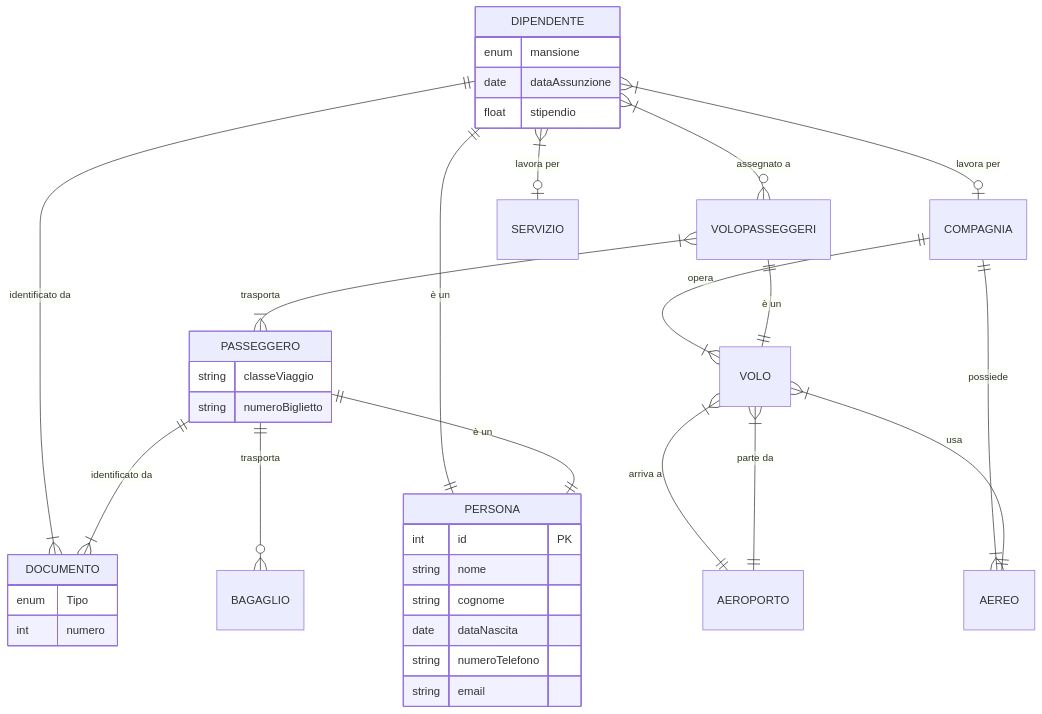
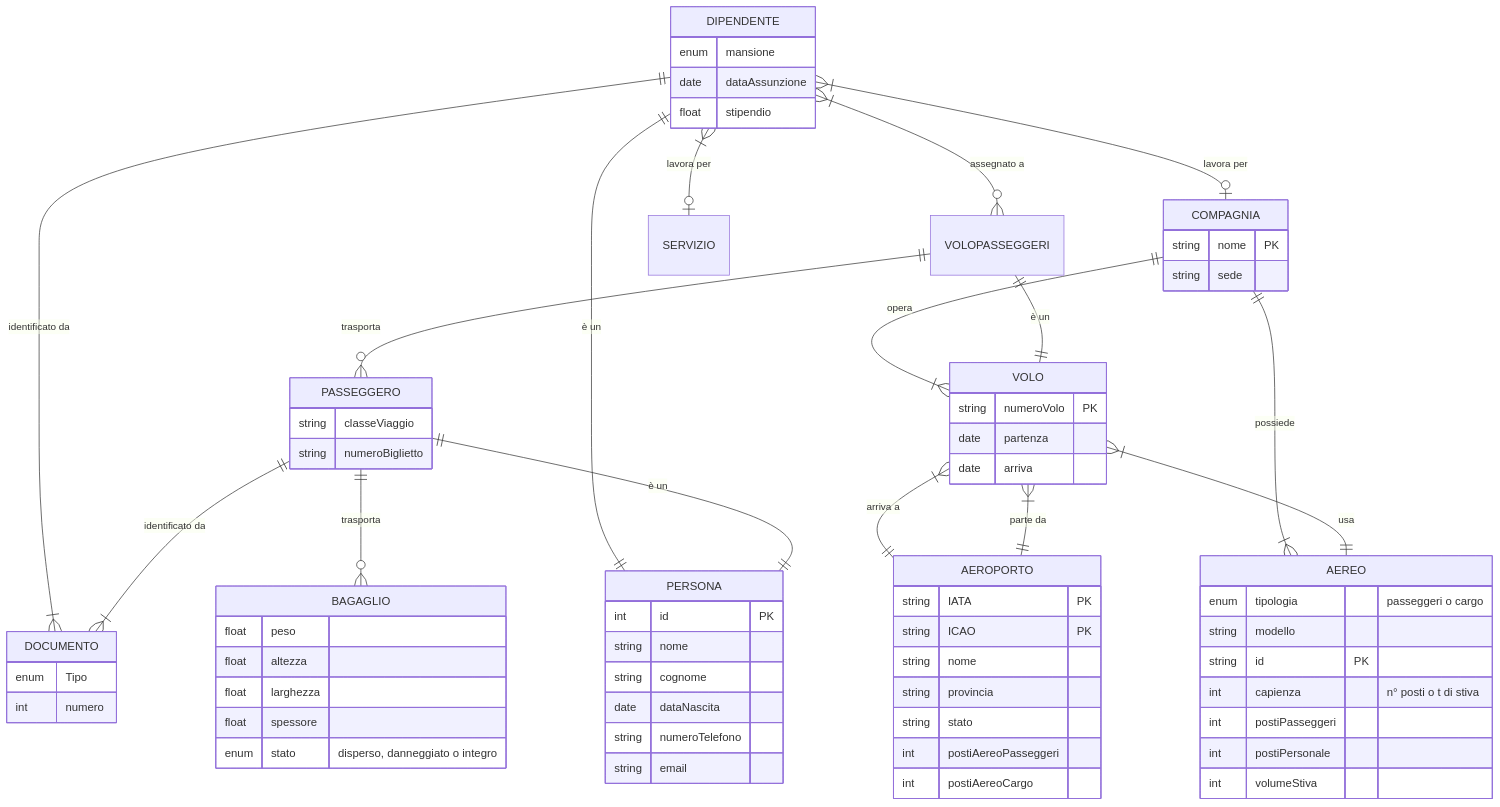
Before and after one commit to Diebbo/aereodb: the third of 4 diagrams in RELAZIONE.md, drawn with Mermaid. The commit also changed other lines of this file, not shown here.

Commit message:
indice aggiornato e attributi per volo passeggeri

````diff
--- a/RELAZIONE.md
+++ b/RELAZIONE.md
@@ -225,44 +234,81 @@
 ```mermaid
 erDiagram
     VOLO }|--|| AEREO: "usa"
     VOLO }|--|| AEROPORTO: "parte da"
     VOLO }|--|| AEROPORTO: "arriva a"
 
     VOLOPASSEGGERI ||--|| VOLO: "è un"
-    VOLOPASSEGGERI }|--|{ PASSEGGERO: "trasporta"
+    VOLOPASSEGGERI ||--o{ PASSEGGERO: "trasporta"
 
     COMPAGNIA ||--|{ VOLO: "opera"
     COMPAGNIA ||--|{ AEREO: "possiede"
 
     PASSEGGERO ||--|| PERSONA: "è un"
     PASSEGGERO ||--|{ DOCUMENTO: "identificato da"
     PASSEGGERO ||--o{ BAGAGLIO: "trasporta"
 
     DIPENDENTE ||--|{ DOCUMENTO: "identificato da"
     DIPENDENTE }|--o| SERVIZIO: "lavora per"
     DIPENDENTE }|--o{ VOLOPASSEGGERI: "assegnato a"
     DIPENDENTE ||--|| PERSONA: "è un"
     DIPENDENTE }|--o| COMPAGNIA: "lavora per"
 
     PERSONA {
         int id PK
         string nome
         string cognome
         date dataNascita
         string numeroTelefono
         string email
     }
     DIPENDENTE {
         enum mansione
         date dataAssunzione
         float stipendio
     }
     PASSEGGERO {
         string classeViaggio
         string numeroBiglietto
     }
     DOCUMENTO {
         enum Tipo
         int numero
     }
+    BAGAGLIO {
+        float peso
+        float altezza
+        float larghezza
+        float spessore
+        enum stato "disperso, danneggiato o integro"
+    }
+    VOLOPASSEGGERI {
+    }
+    VOLO {
+        string numeroVolo PK
+        date partenza
+        date arriva
+    }
+    AEROPORTO {
+        string IATA PK
+        string ICAO PK
+        string nome
+        string provincia
+        string stato
+        int postiAereoPasseggeri
+        int postiAereoCargo
+    }
+    AEREO {
+        enum tipologia "passeggeri o cargo"
+        string modello
+        string id PK
+        int capienza "n° posti o t di stiva"
+        int postiPasseggeri
+        int postiPersonale
+        int volumeStiva
+    }
+
+    COMPAGNIA {
+        string nome PK
+        string sede
+    }
 ```
````
